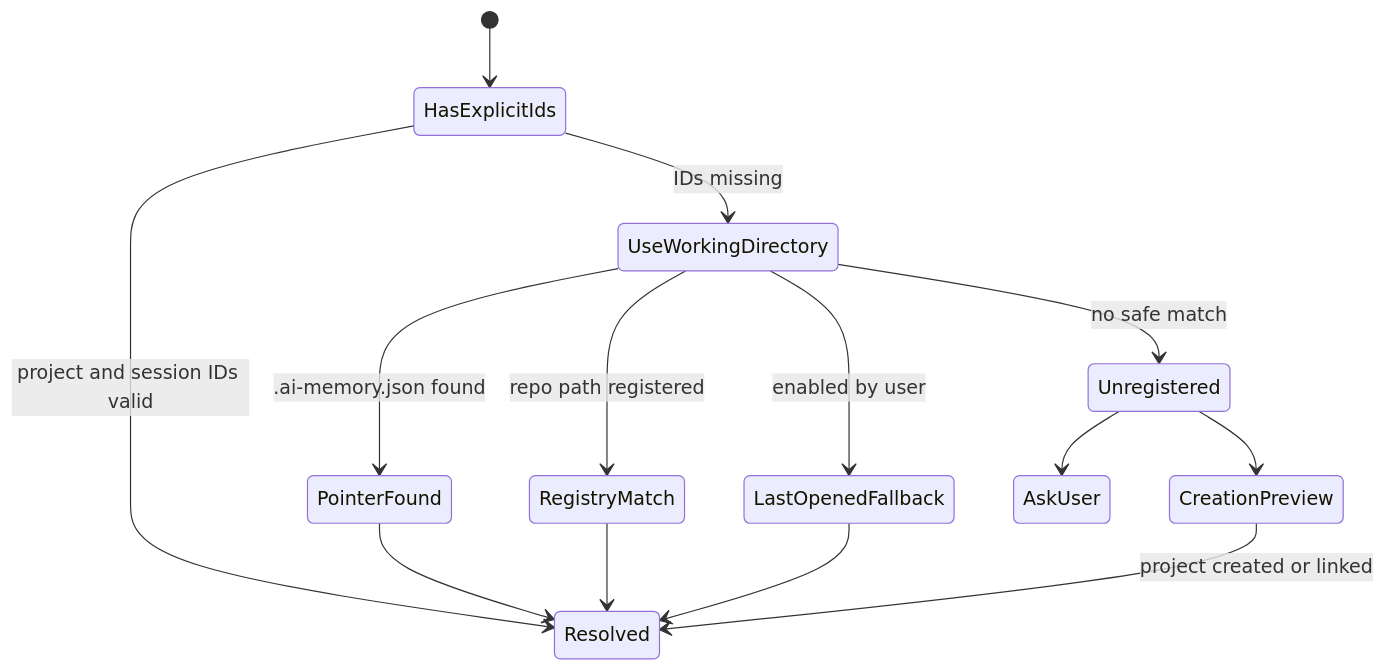
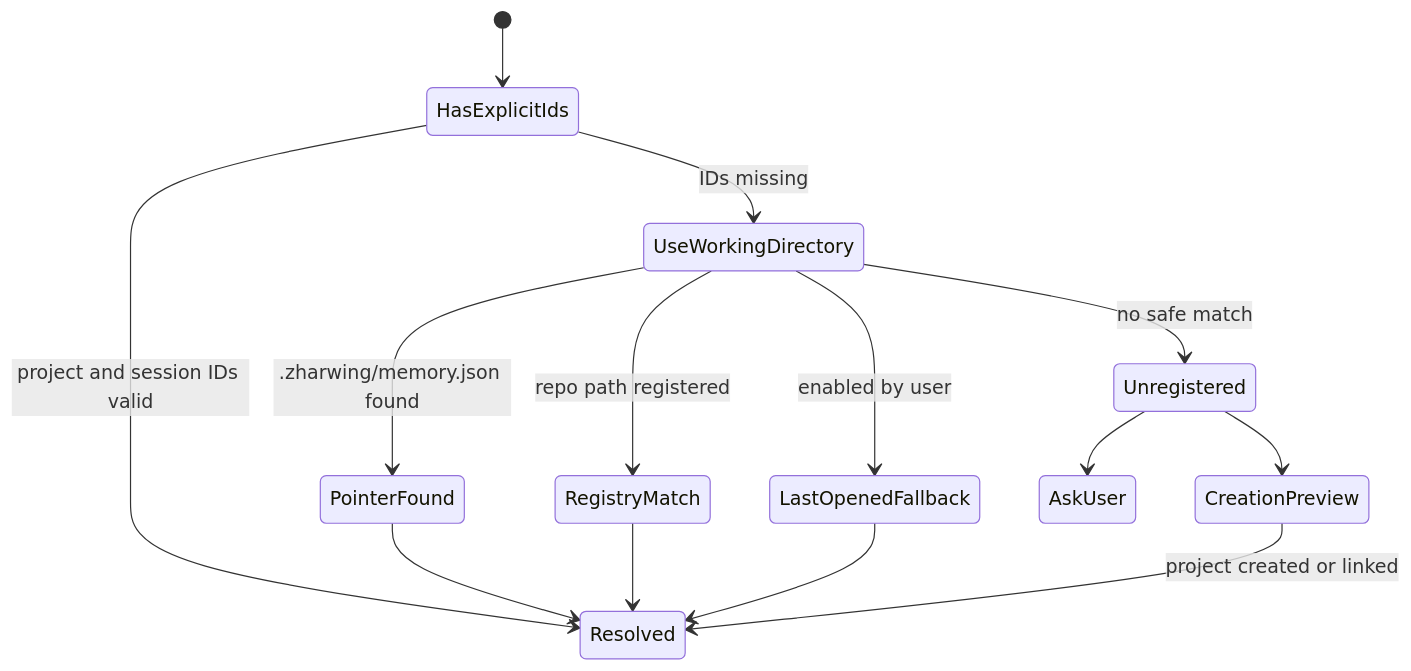
Diagram 12 of 21 in docs/DIAGRAMS.md (zharwing/memory), drawn with Mermaid before and after one commit. The commit also changed other lines of this file and 112 other files, not shown here.

First line of the commit message:
feat!: rename to Zharwing Memory - @aimem/* becomes @zharwing/memory-*

````diff
--- a/docs/DIAGRAMS.md
+++ b/docs/DIAGRAMS.md
@@ -435,16 +435,16 @@
 ```mermaid
 stateDiagram-v2
   [*] --> HasExplicitIds
   HasExplicitIds --> Resolved: project and session IDs valid
   HasExplicitIds --> UseWorkingDirectory: IDs missing
-  UseWorkingDirectory --> PointerFound: .ai-memory.json found
+  UseWorkingDirectory --> PointerFound: .zharwing/memory.json found
   PointerFound --> Resolved
   UseWorkingDirectory --> RegistryMatch: repo path registered
   RegistryMatch --> Resolved
   UseWorkingDirectory --> LastOpenedFallback: enabled by user
   LastOpenedFallback --> Resolved
   UseWorkingDirectory --> Unregistered: no safe match
   Unregistered --> CreationPreview
   CreationPreview --> Resolved: project created or linked
   Unregistered --> AskUser
 ```
````
